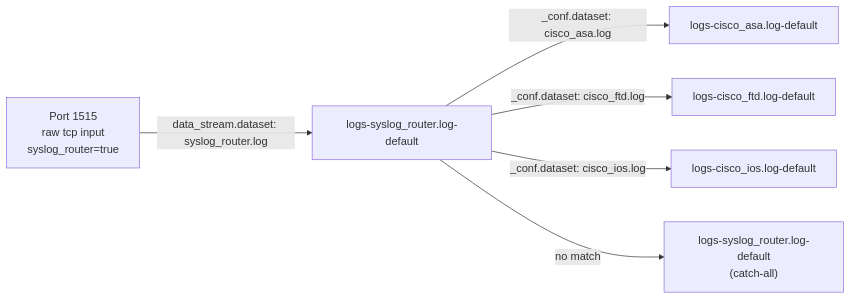
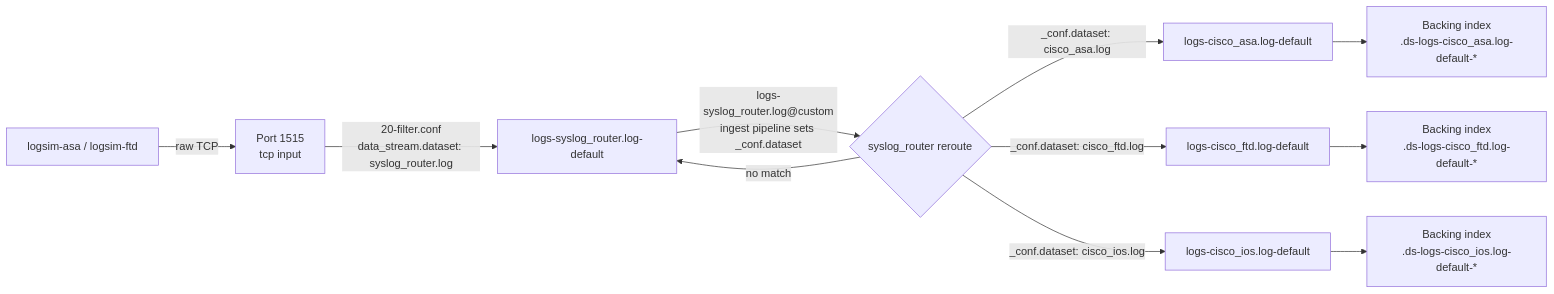
The third of 4 diagrams in README.md (matthew-hollick/elastic-logstash-lab), drawn with Mermaid before and after one commit. The commit also changed other lines of this file, not shown here.

First line of the commit message:
Review and update README data flow diagrams and run instructions

````diff
--- a/README.md
+++ b/README.md
@@ -79,8 +109,13 @@
 ```mermaid
 flowchart LR
-    A["Port 1515<br/>raw tcp input<br/>syslog_router=true"] -->|"data_stream.dataset: syslog_router.log"| B["logs-syslog_router.log-default"]
-    B -->|"_conf.dataset: cisco_asa.log"| C["logs-cisco_asa.log-default"]
-    B -->|"_conf.dataset: cisco_ftd.log"| D["logs-cisco_ftd.log-default"]
-    B -->|"_conf.dataset: cisco_ios.log"| E["logs-cisco_ios.log-default"]
-    B -->|"no match"| F["logs-syslog_router.log-default<br/>(catch-all)"]
+    A[logsim-asa / logsim-ftd] -->|"raw TCP"| B["Port 1515<br/>tcp input"]
+    B -->|"20-filter.conf<br/>data_stream.dataset: syslog_router.log"| C["logs-syslog_router.log-default"]
+    C -->|"logs-syslog_router.log@custom<br/>ingest pipeline sets _conf.dataset"| D{"syslog_router reroute"}
+    D -->|"_conf.dataset: cisco_asa.log"| E["logs-cisco_asa.log-default"]
+    D -->|"_conf.dataset: cisco_ftd.log"| F["logs-cisco_ftd.log-default"]
+    D -->|"_conf.dataset: cisco_ios.log"| G["logs-cisco_ios.log-default"]
+    D -->|"no match"| C
+    E --> H["Backing index<br/>.ds-logs-cisco_asa.log-default-*"]
+    F --> I["Backing index<br/>.ds-logs-cisco_ftd.log-default-*"]
+    G --> J["Backing index<br/>.ds-logs-cisco_ios.log-default-*"]
 ```
````
